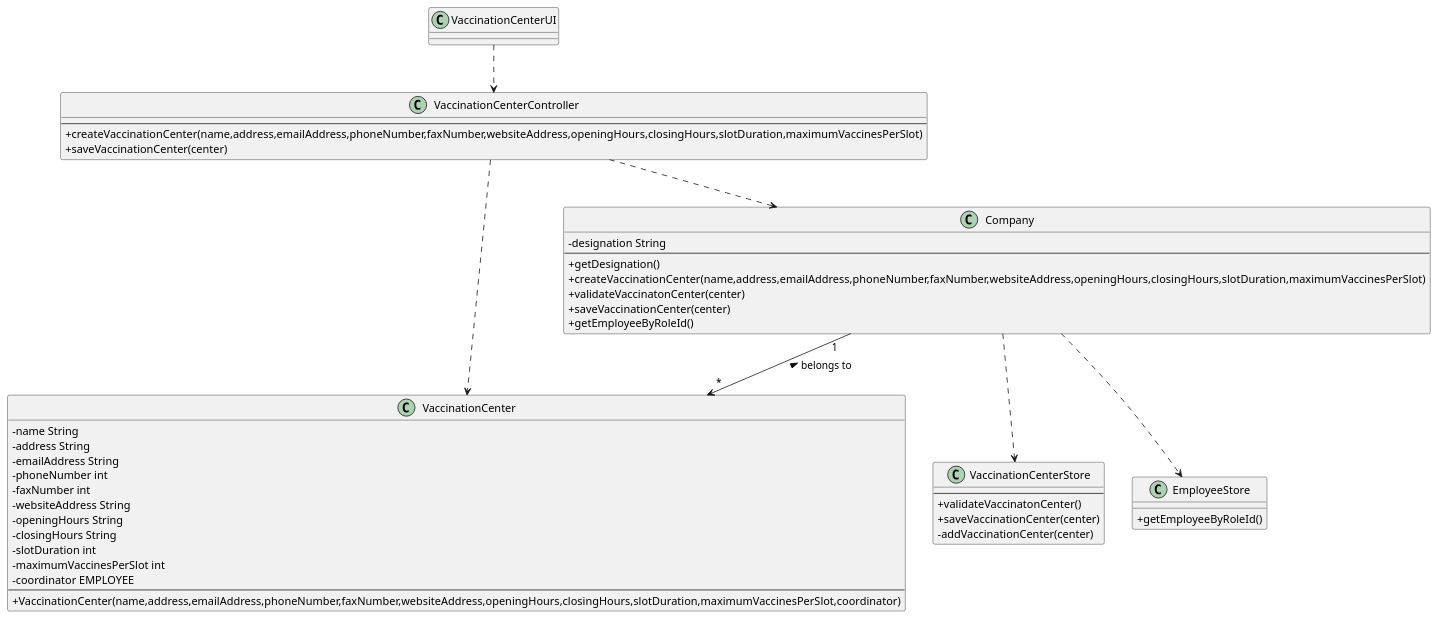
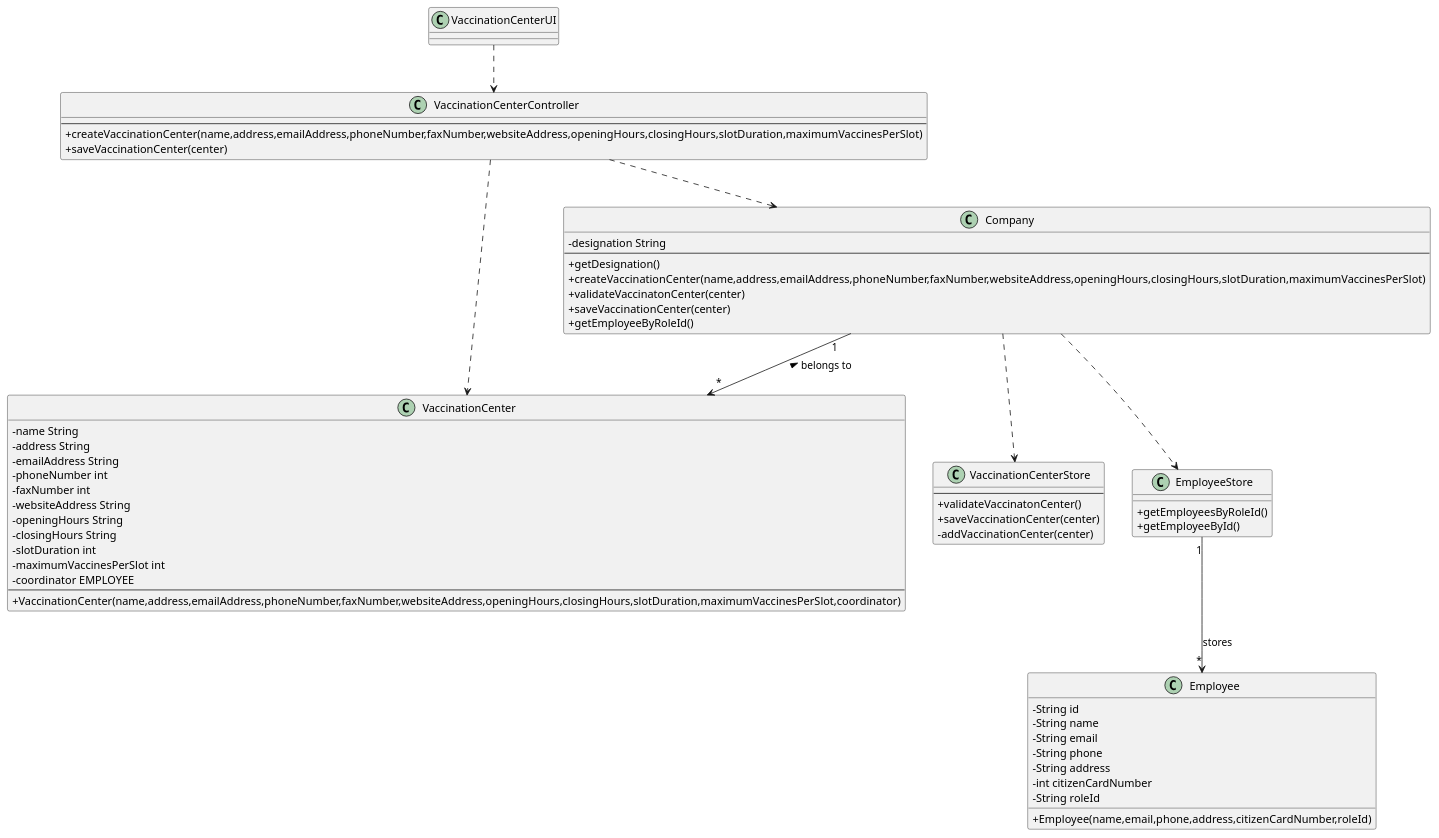
The diagram in docs/SprintB/US09/CD/US09_CD.puml (miseEnPlace-i/lapr2), drawn with PlantUML before and after one commit.

Commit message:
docs(US09): fixed cd, needs revision

```diff
--- a/docs/SprintB/US09/CD/US09_CD.puml
+++ b/docs/SprintB/US09/CD/US09_CD.puml
@@ -1,57 +1,71 @@
 @startuml US09_CD
 skinparam classAttributeIconSize 0
 
 class VaccinationCenter {
   - name String
   - address String
   - emailAddress String
   - phoneNumber int
   - faxNumber int
   - websiteAddress String
   - openingHours String
   - closingHours String
   - slotDuration int
   - maximumVaccinesPerSlot int
   - coordinator EMPLOYEE
   ---
  +VaccinationCenter(name,address,emailAddress,phoneNumber,faxNumber,websiteAddress,openingHours,closingHours,slotDuration,maximumVaccinesPerSlot,coordinator)
 }
 
 
 class Company {
   -designation String
   ---
   +getDesignation()
   +createVaccinationCenter(name,address,emailAddress,phoneNumber,faxNumber,websiteAddress,openingHours,closingHours,slotDuration,maximumVaccinesPerSlot)
   +validateVaccinatonCenter(center)
   +saveVaccinationCenter(center)
   +getEmployeeByRoleId()
 }
 
 class VaccinationCenterStore {
 ---
 +validateVaccinatonCenter()
 +saveVaccinationCenter(center)
 -addVaccinationCenter(center)
 }
 
+class Employee {
+  -String id
+  -String name
+  -String email
+  -String phone
+  -String address
+  -int citizenCardNumber
+  -String roleId
+  
+  +Employee(name,email,phone,address,citizenCardNumber,roleId)
+}
+
 class EmployeeStore {
-+getEmployeeByRoleId()
+  +getEmployeesByRoleId()
+  +getEmployeeById()
 }
 
 class VaccinationCenterController {
   ---
   +createVaccinationCenter(name,address,emailAddress,phoneNumber,faxNumber,websiteAddress,openingHours,closingHours,slotDuration,maximumVaccinesPerSlot)
   +saveVaccinationCenter(center)
 }
 
 class VaccinationCenterUI {}
 
 VaccinationCenterUI ..> VaccinationCenterController
 VaccinationCenterController ..> Company
 Company "1" --> "*" VaccinationCenter : belongs to <
 VaccinationCenterController ..> VaccinationCenter
 Company ..> VaccinationCenterStore
 Company ..> EmployeeStore
+EmployeeStore "1" --> "*" Employee : stores
 
 @enduml
```
